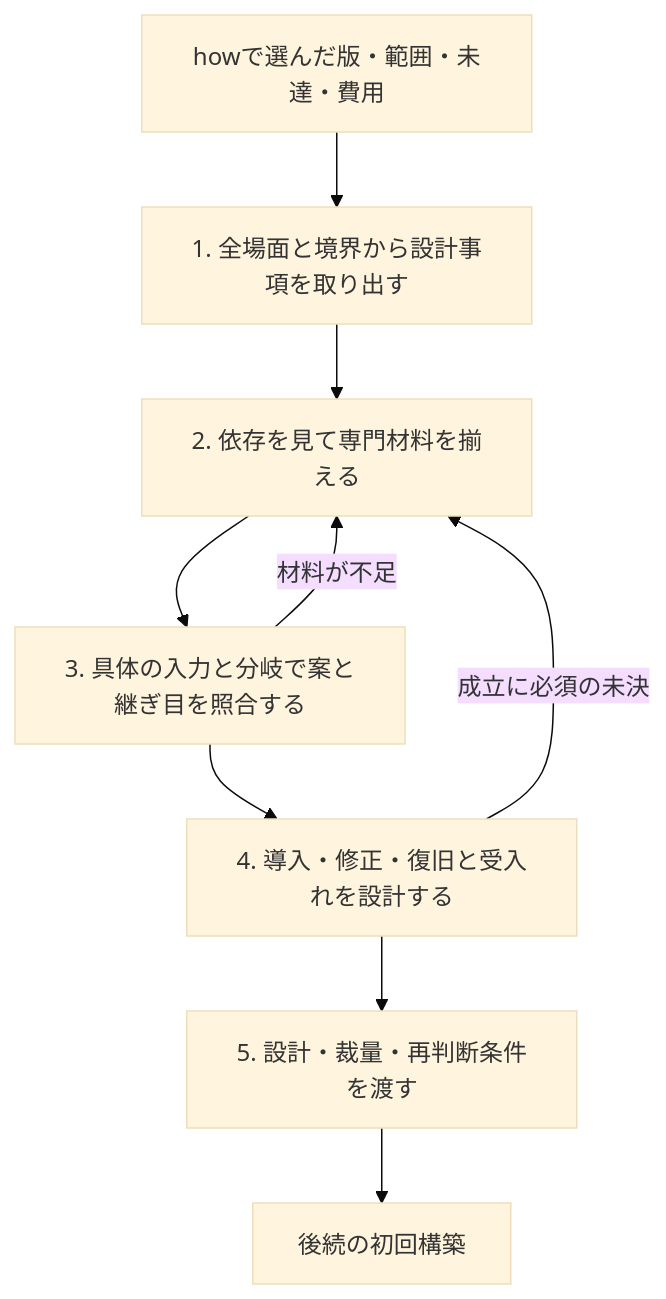
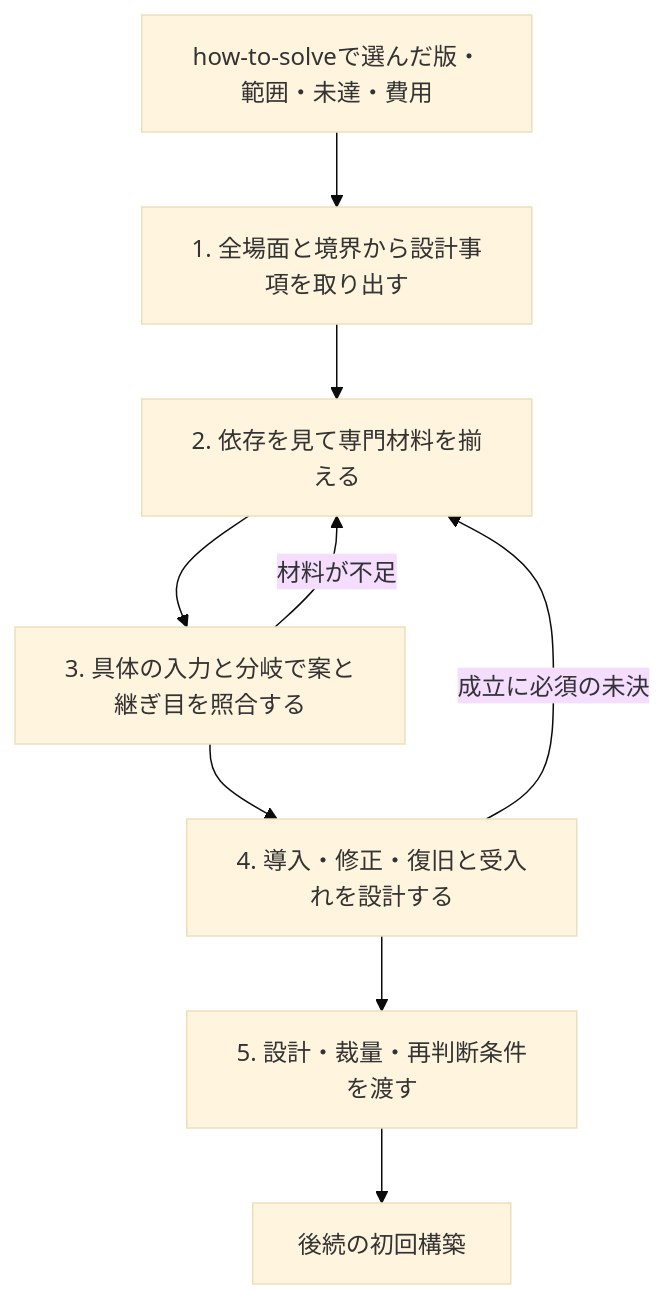
Before and after one commit to tumeda1992/grow-product-ideas: the diagram in what-defines-a-product/how-to-build.md, drawn with Mermaid (base theme). The commit also changed other lines of this file and 15 other files, not shown here.

````diff
--- a/what-defines-a-product/how-to-build.md
+++ b/what-defines-a-product/how-to-build.md
@@ -47,11 +47,11 @@
 ```mermaid
 flowchart TD
-  H[howで選んだ版・範囲・未達・費用] --> A[1. 全場面と境界から設計事項を取り出す]
+  H[how-to-solveで選んだ版・範囲・未達・費用] --> A[1. 全場面と境界から設計事項を取り出す]
   A --> B[2. 依存を見て専門材料を揃える]
   B --> C[3. 具体の入力と分岐で案と継ぎ目を照合する]
   C --> D[4. 導入・修正・復旧と受入れを設計する]
   C -->|材料が不足| B
   D -->|成立に必須の未決| B
   D --> E[5. 設計・裁量・再判断条件を渡す]
   E --> F[後続の初回構築]
 ```
````
